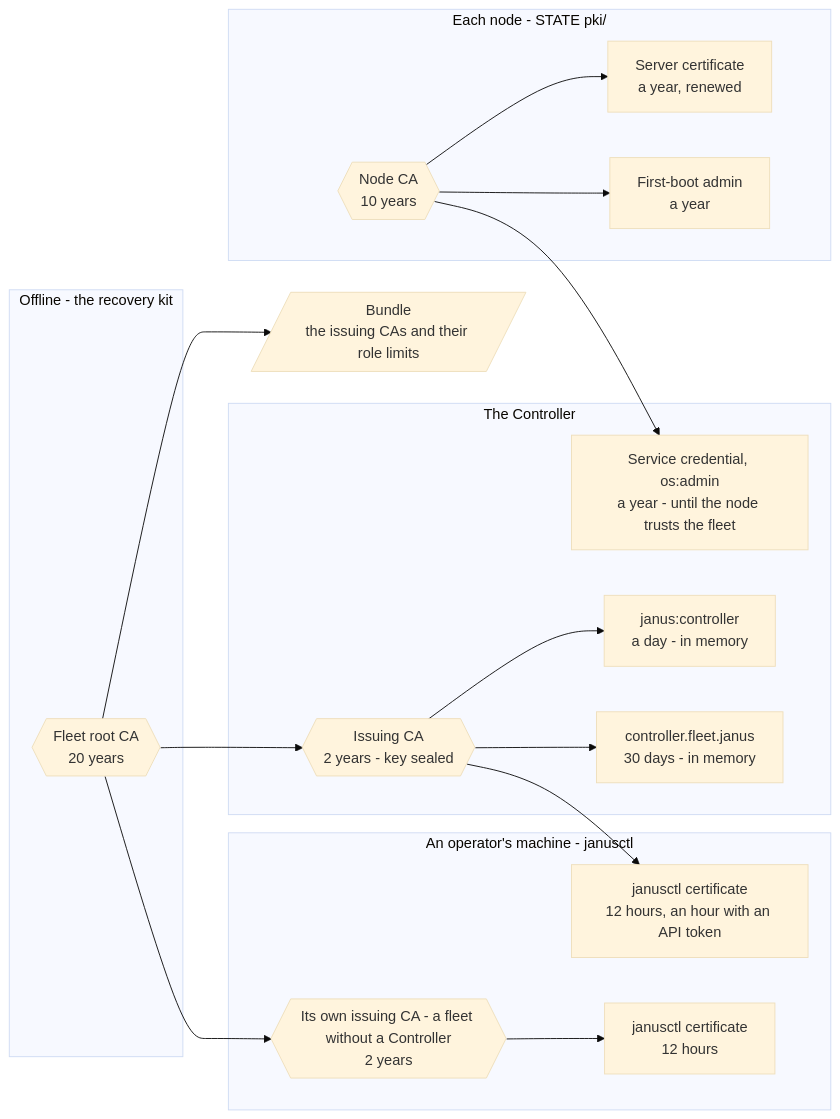
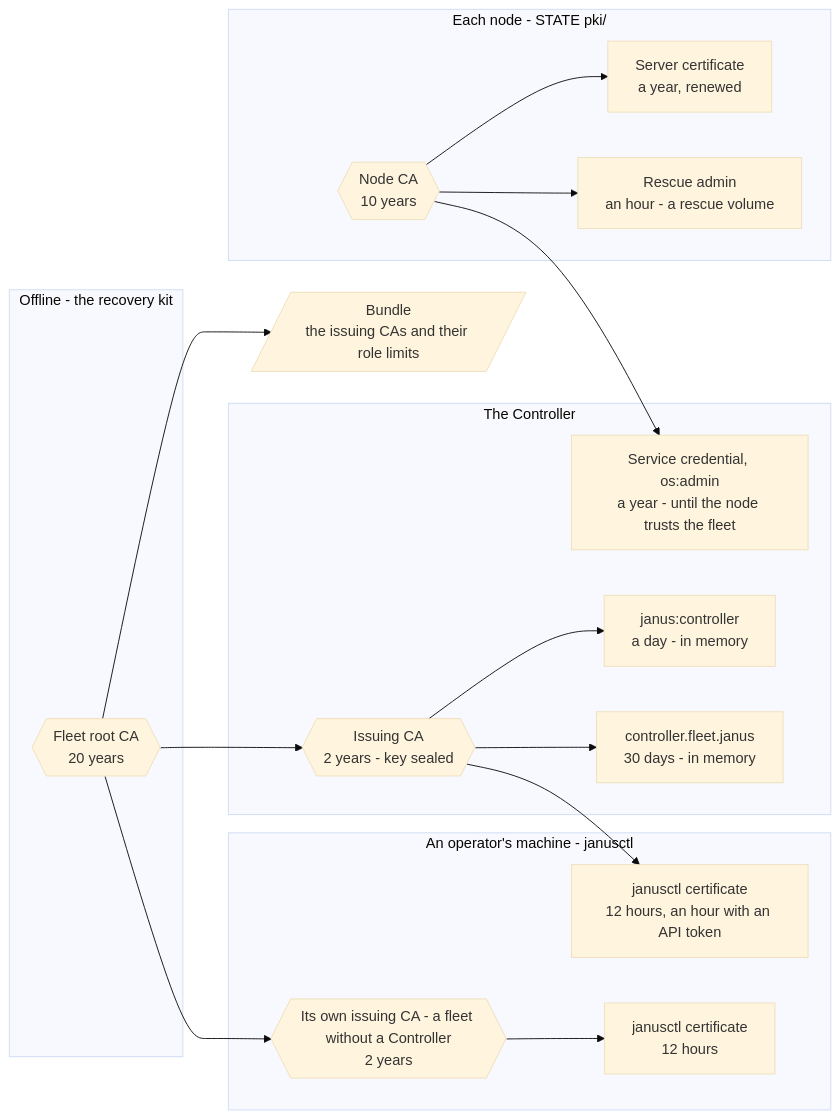
One commit to swenske/Janus changed the first of 2 diagrams in docs/internals/trust.md. Above: the diagram before and after it, drawn with Mermaid (base theme). The commit also changed other lines of this file and 38 other files, not shown here.

First line of the commit message:
docs: a node's first boot shows a pairing code, never a key

````diff
--- a/docs/internals/trust.md
+++ b/docs/internals/trust.md
@@ -39,35 +39,35 @@
 ```mermaid
 flowchart LR
     accTitle: Who signs each certificate, and where each private key lives
-    accDescr: The fleet's root CA, its key offline in the recovery kit, signs the bundle and the issuing CAs - the Controller's, its key sealed on the Controller, or in a fleet without a Controller one per janusctl machine. The Controller's issuing CA signs the Controller's day-long certificate and its 30-day registration certificate, both kept in its memory, and its users' janusctl certificates, whose keys stay on their machines. Each node's own CA, its key on the node's STATE partition, signs the node's server certificate, its first-boot admin certificate, and the service credential the Controller holds until the node trusts the fleet.
+    accDescr: The fleet's root CA, its key offline in the recovery kit, signs the bundle and the issuing CAs - the Controller's, its key sealed on the Controller, or in a fleet without a Controller one per janusctl machine. The Controller's issuing CA signs the Controller's day-long certificate and its 30-day registration certificate, both kept in its memory, and its users' janusctl certificates, whose keys stay on their machines. Each node's own CA, its key on the node's STATE partition, signs the node's server certificate, the hour-long rescue certificate a rescue volume gives, and the service credential the Controller holds until the node trusts the fleet.
     subgraph offline [Offline - the recovery kit]
         root{{"Fleet root CA<br/>20 years"}}
     end
     bundle[/"Bundle<br/>the issuing CAs and their role limits"/]
     subgraph controller [The Controller]
         ica{{"Issuing CA<br/>2 years - key sealed"}}
         ctl["janus:controller<br/>a day - in memory"]
         reg["controller.fleet.janus<br/>30 days - in memory"]
         svc["Service credential, os:admin<br/>a year - until the node trusts the fleet"]
     end
     subgraph operator [An operator's machine - janusctl]
         user["janusctl certificate<br/>12 hours, an hour with an API token"]
         mica{{"Its own issuing CA - a fleet without a Controller<br/>2 years"}}
         muser["janusctl certificate<br/>12 hours"]
     end
     subgraph node [Each node - STATE pki/]
         nca{{"Node CA<br/>10 years"}}
         srv["Server certificate<br/>a year, renewed"]
-        adm["First-boot admin<br/>a year"]
+        adm["Rescue admin<br/>an hour - a rescue volume"]
     end
     root --> bundle
     root --> ica
     root --> mica
     ica --> ctl
     ica --> reg
     ica --> user
     mica --> muser
     nca --> srv
     nca --> adm
     nca --> svc
 ```
````
